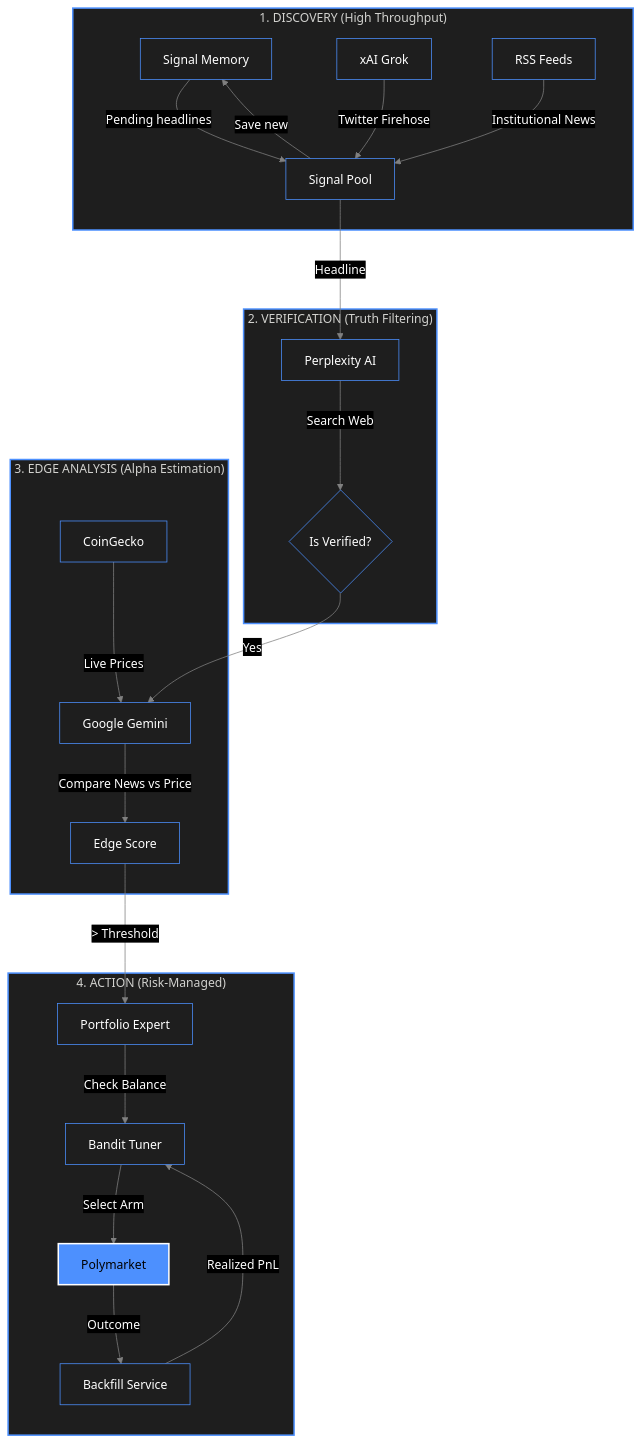
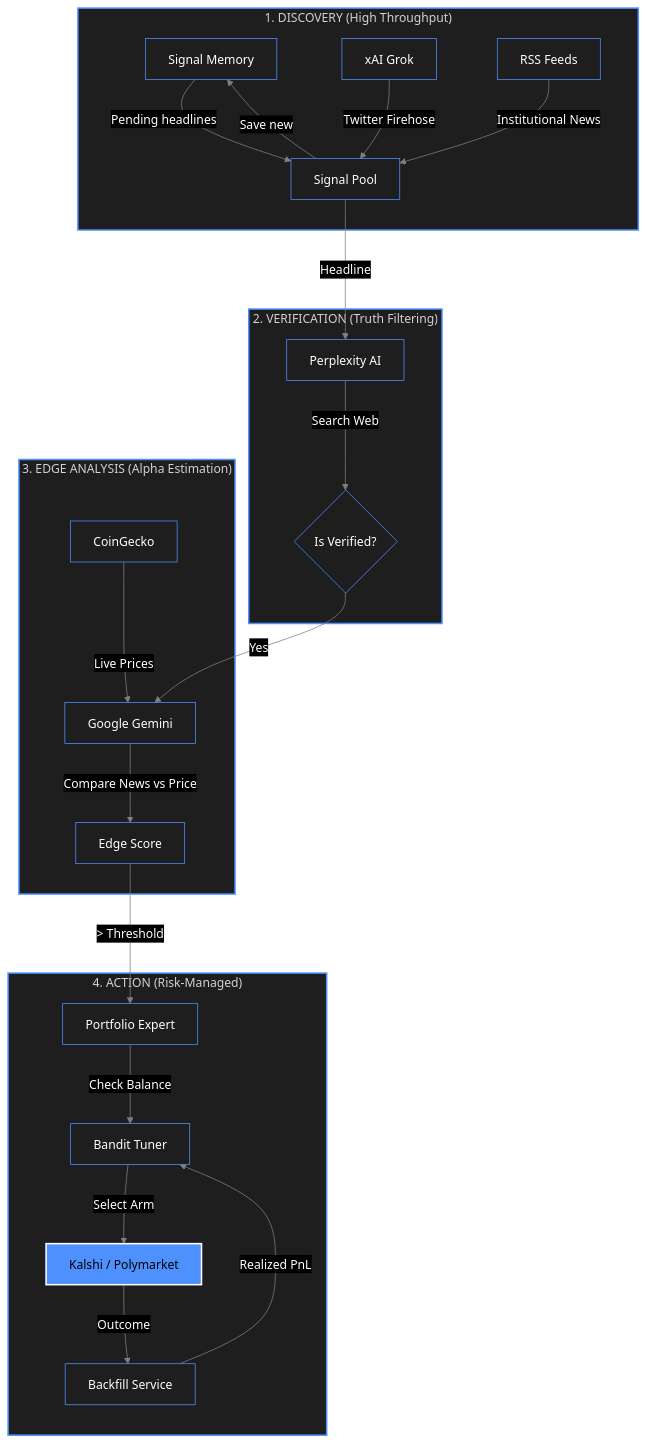
The diagram in projects/systemic-lag-trader.md (victorvos/cv-portfolio), drawn with Mermaid before and after one commit. The commit also changed other lines of this file and 1 other file, not shown here.

````diff
--- a/projects/systemic-lag-trader.md
+++ b/projects/systemic-lag-trader.md
@@ -25,35 +26,35 @@
 ```mermaid
 %%{init: {'theme': 'base', 'flowchart': {'nodeSpacing': 80, 'rankSpacing': 80, 'curve': 'basis'}, 'themeVariables': {'darkMode': true, 'background': '#121212', 'primaryColor': '#1e1e1e', 'primaryTextColor': '#ffffff', 'primaryBorderColor': '#4d90fe', 'secondaryColor': '#252526', 'tertiaryColor': '#2d2d30', 'lineColor': '#808080', 'textColor': '#ffffff', 'clusterBkg': '#1e1e1e', 'clusterBorder': '#4d90fe', 'nodeTextColor': '#ffffff', 'fontFamily': 'Segoe UI, sans-serif'}}}%%
 flowchart TD
     subgraph Discovery ["1. DISCOVERY (High Throughput)"]
         SM[Signal Memory] -- "Pending headlines" --> S[Signal Pool]
         G[xAI Grok] -- "Twitter Firehose" --> S
         R[RSS Feeds] -- "Institutional News" --> S
         S -- "Save new" --> SM
     end
 
     subgraph Verification ["2. VERIFICATION (Truth Filtering)"]
         S -- "Headline" --> P[Perplexity AI]
         P -- "Search Web" --> V{Is Verified?}
     end
 
     subgraph Analysis ["3. EDGE ANALYSIS (Alpha Estimation)"]
         V -- "Yes" --> GM[Google Gemini]
         C[CoinGecko] -- "Live Prices" --> GM
         GM -- "Compare News vs Price" --> E[Edge Score]
     end
 
     subgraph Execution ["4. ACTION (Risk-Managed)"]
         E -- "> Threshold" --> B[Portfolio Expert]
         B -- "Check Balance" --> BT[Bandit Tuner]
-        BT -- "Select Arm" --> PM[Polymarket]
-        PM -- "Outcome" --> BK[Backfill Service]
+        BT -- "Select Arm" --> VN[Kalshi / Polymarket]
+        VN -- "Outcome" --> BK[Backfill Service]
         BK -- "Realized PnL" --> BT
     end
 
     style Discovery fill:#1e1e1e,stroke:#4d90fe,stroke-width:2px
     style Verification fill:#1e1e1e,stroke:#4d90fe,stroke-width:2px
     style Analysis fill:#1e1e1e,stroke:#4d90fe,stroke-width:2px
     style Execution fill:#1e1e1e,stroke:#4d90fe,stroke-width:2px
-    style PM fill:#4d90fe,stroke:#ffffff,stroke-width:2px,color:#000
+    style VN fill:#4d90fe,stroke:#ffffff,stroke-width:2px,color:#000
 ```
````
